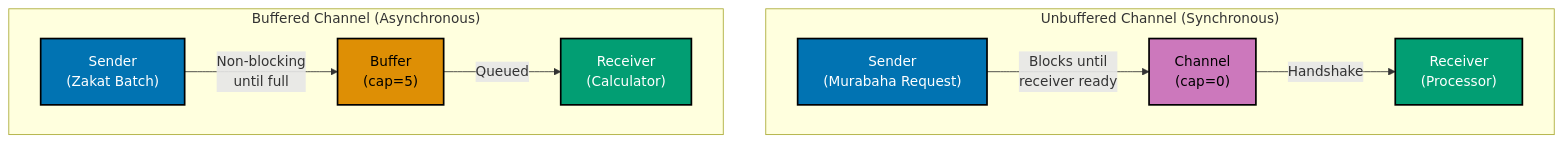
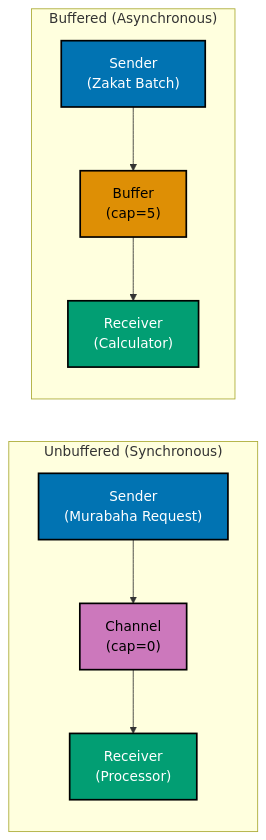
Before and after one commit to wahidyankf/open-sharia-enterprise: the third of 10 diagrams in docs/explanation/software-engineering/programming-languages/golang/concurrency-standards.md, drawn with Mermaid. The commit also changed other lines of this file and 11 other files, not shown here.

First line of the commit message:
fix(docs): fix mermaid violations in golang docs

````diff
--- a/docs/explanation/software-engineering/programming-languages/golang/concurrency-standards.md
+++ b/docs/explanation/software-engineering/programming-languages/golang/concurrency-standards.md
@@ -351,26 +351,26 @@
 ```mermaid
 %% Color Palette: Blue #0173B2, Orange #DE8F05, Teal #029E73, Purple #CC78BC
 %% All colors are color-blind friendly and meet WCAG AA contrast standards
 
-graph TD
-    subgraph Unbuffered["Unbuffered Channel #40;Synchronous#41;"]
+graph LR
+    subgraph Unbuffered["Unbuffered #40;Synchronous#41;"]
         U1["Sender<br/>#40;Murabaha Request#41;"]:::blue
         U2["Channel<br/>#40;cap=0#41;"]:::purple
         U3["Receiver<br/>#40;Processor#41;"]:::teal
-        U1 -->|"Blocks until<br/>receiver ready"| U2
-        U2 -->|"Handshake"| U3
+        U1 --> U2
+        U2 --> U3
     end
 
-    subgraph Buffered["Buffered Channel #40;Asynchronous#41;"]
+    subgraph Buffered["Buffered #40;Asynchronous#41;"]
         B1["Sender<br/>#40;Zakat Batch#41;"]:::blue
         B2["Buffer<br/>#40;cap=5#41;"]:::orange
         B3["Receiver<br/>#40;Calculator#41;"]:::teal
-        B1 -->|"Non-blocking<br/>until full"| B2
-        B2 -->|"Queued"| B3
+        B1 --> B2
+        B2 --> B3
     end
 
     classDef blue fill:#0173B2,stroke:#000000,color:#FFFFFF,stroke-width:2px
     classDef orange fill:#DE8F05,stroke:#000000,color:#000000,stroke-width:2px
     classDef teal fill:#029E73,stroke:#000000,color:#FFFFFF,stroke-width:2px
     classDef purple fill:#CC78BC,stroke:#000000,color:#000000,stroke-width:2px
 ```
````
